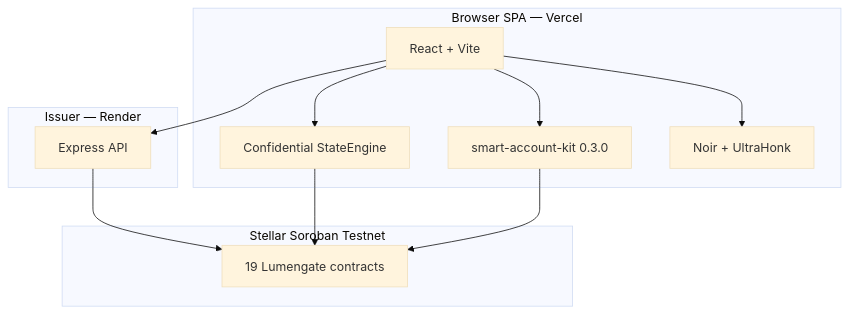
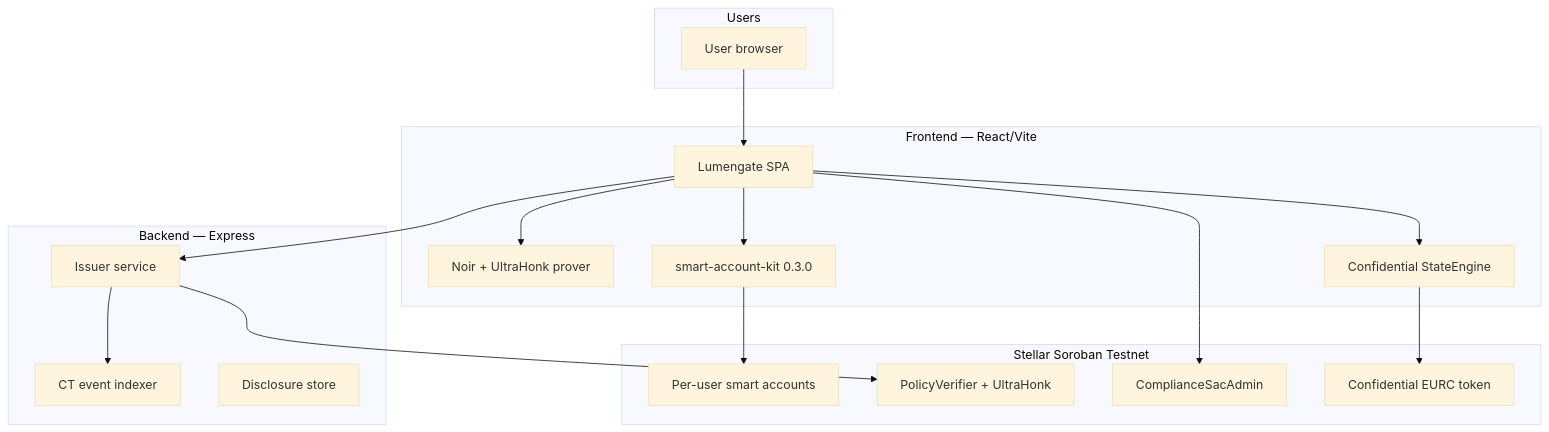
The first of 18 diagrams in README.md (goat-dev8/Lumengate), drawn with Mermaid (base theme) before and after one commit. The commit also changed other lines of this file and 99 other files, not shown here.

````diff
--- a/README.md
+++ b/README.md
@@ -42,22 +65,33 @@
 ```mermaid
 flowchart TB
-  subgraph Client["Browser SPA — Vercel"]
-    UI[React + Vite]
-    ZK[Noir + UltraHonk]
-    SA[smart-account-kit 0.3.0]
-    CT[Confidential StateEngine]
+  subgraph Users
+    U[User browser]
   end
-  subgraph API["Issuer — Render"]
-    ISS[Express API]
+  subgraph Vercel["Frontend — React/Vite"]
+    SPA[Lumengate SPA]
+    ZK[Noir + UltraHonk prover]
+    SAK[smart-account-kit 0.3.0]
+    CTSDK[Confidential StateEngine]
   end
-  subgraph Chain["Stellar Soroban Testnet"]
-    C[19 Lumengate contracts]
+  subgraph Render["Backend — Express"]
+    ISS[Issuer service]
+    IDX[CT event indexer]
+    DIS[Disclosure store]
   end
-  UI --> ZK
-  UI --> SA
-  UI --> CT
-  UI --> ISS
-  SA --> C
-  ISS --> C
-  CT --> C
+  subgraph Testnet["Stellar Soroban Testnet"]
+    SA[Per-user smart accounts]
+    PV[PolicyVerifier + UltraHonk]
+    CSA[ComplianceSacAdmin]
+    CTOK[Confidential EURC token]
+  end
+  U --> SPA
+  SPA --> ZK
+  SPA --> SAK
+  SPA --> CTSDK
+  SPA --> ISS
+  SAK --> SA
+  ISS --> PV
+  ISS --> IDX
+  CTSDK --> CTOK
+  SPA --> CSA
 ```
````
